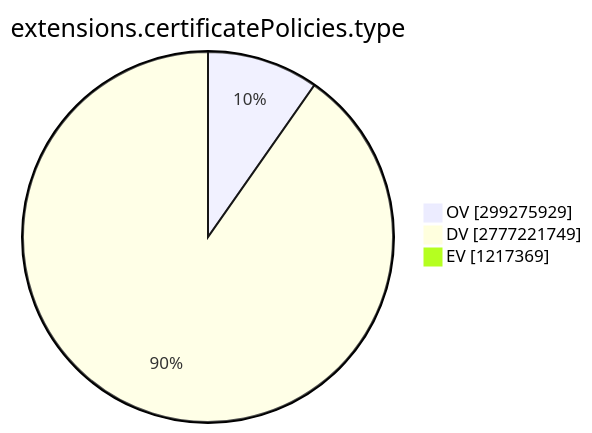
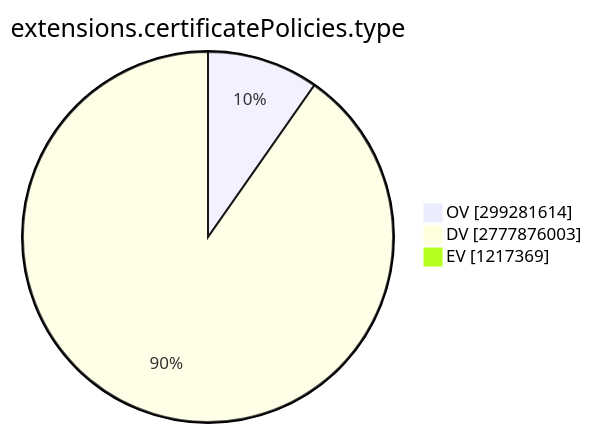
Before and after one commit to christiankrug/ctmonitor_visualization: the ninth of 15 diagrams in TOTAL/README.md, drawn with Mermaid. The commit also changed other lines of this file, not shown here.

````diff
--- a/TOTAL/README.md
+++ b/TOTAL/README.md
@@ -3101,7 +3101,7 @@
 ```mermaid
 pie showData
 title extensions.certificatePolicies.type
-"OV" :299275929
-"DV" :2777221749
+"OV" :299281614
+"DV" :2777876003
 "EV" :1217369
 ```
````
